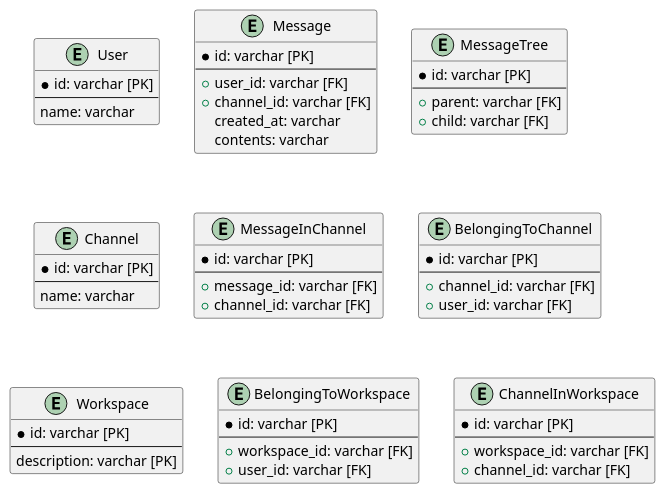
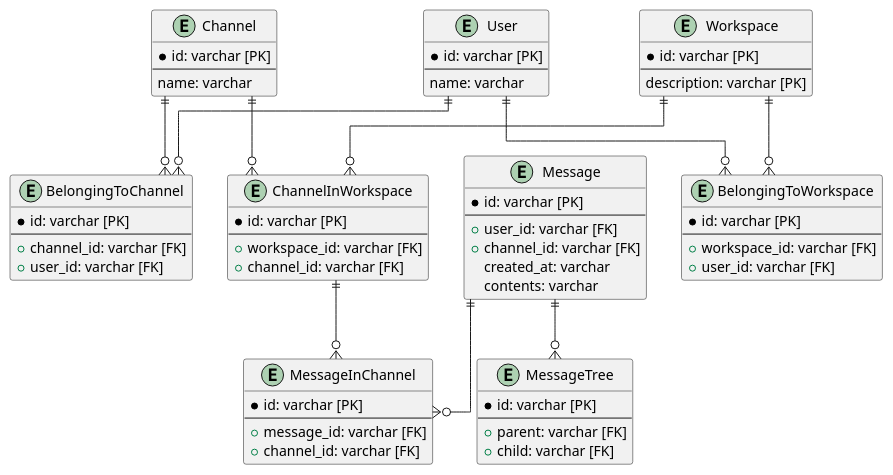
Before and after one commit to shimopino/praha-challenges: the diagram in database/30_modeling2/assets/chat.pu, drawn with PlantUML. The commit also changed 1 other file, not shown here.

```diff
--- a/database/30_modeling2/assets/chat.pu
+++ b/database/30_modeling2/assets/chat.pu
@@ -1,65 +1,78 @@
 @startuml chat
+
+skinparam linetype ortho
 
 entity User {
     * id: varchar [PK]
     ---
     name: varchar
 }
 
 entity Message {
     * id: varchar [PK]
     ---
     + user_id: varchar [FK]
     + channel_id: varchar [FK]
     created_at: varchar
     contents: varchar
 }
 
 entity MessageTree {
     * id: varchar [PK]
     ---
     + parent: varchar [FK]
     + child: varchar [FK]
 }
 
 entity Channel {
     * id: varchar [PK]
     ---
     name: varchar
 }
 
 entity MessageInChannel {
     * id: varchar [PK]
     ---
     + message_id: varchar [FK]
     + channel_id: varchar [FK]
 }
 
 entity BelongingToChannel {
     * id: varchar [PK]
     ---
     + channel_id: varchar [FK]
     + user_id: varchar [FK]
 }
 
 entity Workspace {
     * id: varchar [PK]
     ---
     description: varchar [PK]
 }
 
 entity BelongingToWorkspace {
     * id: varchar [PK]
     ---
     + workspace_id: varchar [FK]
     + user_id: varchar [FK]
 }
 
 entity ChannelInWorkspace {
     * id: varchar [PK]
     ---
     + workspace_id: varchar [FK]
     + channel_id: varchar [FK]
 }
 
+User ||--o{ BelongingToChannel
+Channel ||--o{ BelongingToChannel
+User ||--o{ BelongingToWorkspace
+Workspace ||--o{ BelongingToWorkspace
+Channel ||--o{ ChannelInWorkspace
+Workspace ||--o{ ChannelInWorkspace
+Message ||--o{ MessageInChannel
+ChannelInWorkspace ||--o{ MessageInChannel
+Message ||--o{ MessageTree
+
+
 @enduml
```
